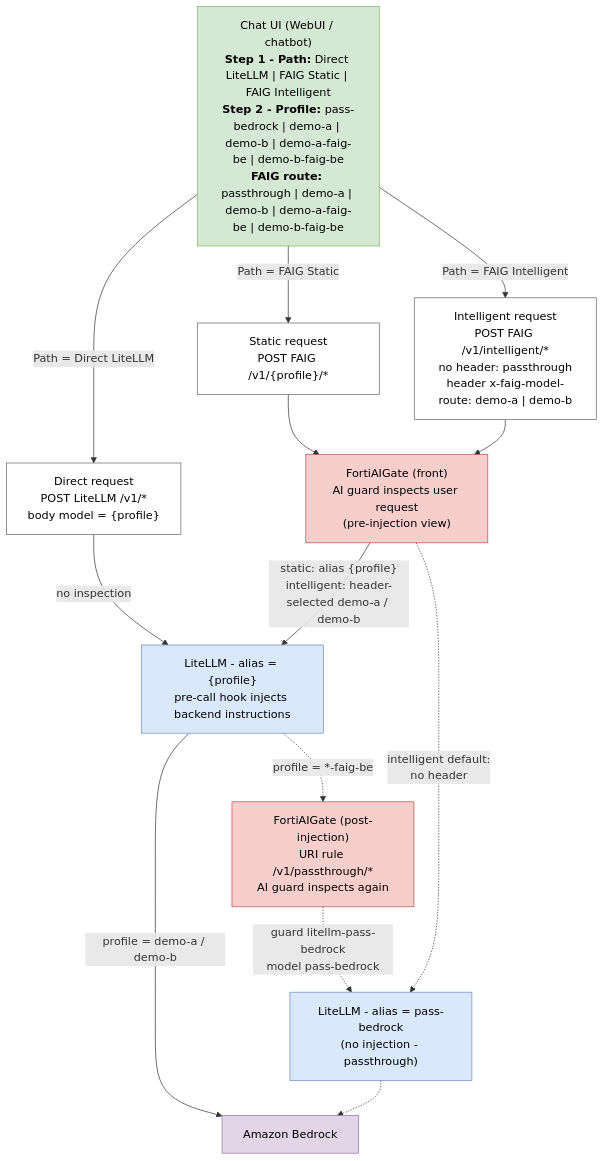
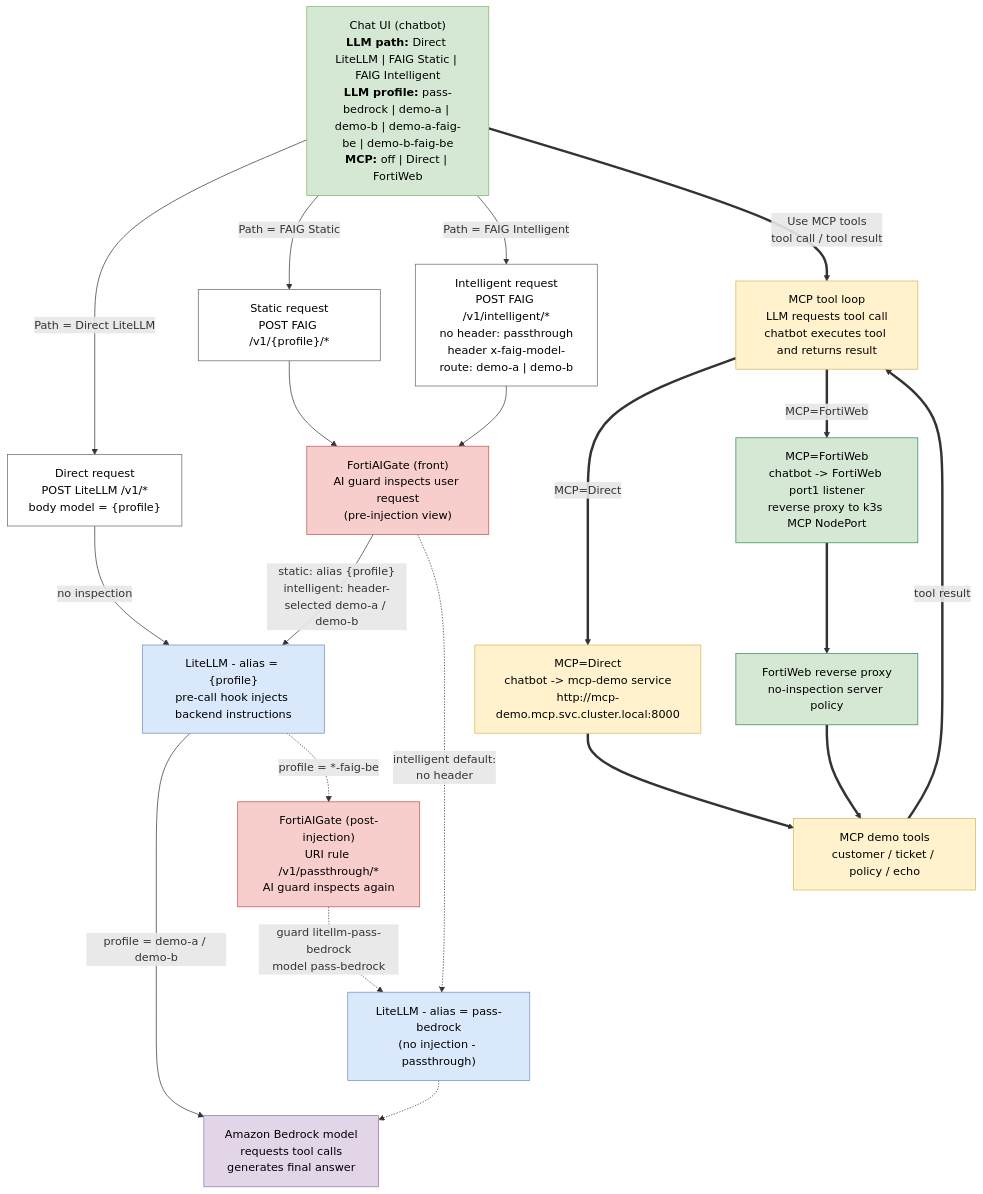
Before and after one commit to mabutterfield/fortiaigate_demo: the diagram in docs/fortiaigate-lab-flows.md, drawn with Mermaid. The commit also changed other lines of this file and 106 other files, not shown here.

````diff
--- a/docs/fortiaigate-lab-flows.md
+++ b/docs/fortiaigate-lab-flows.md
@@ -7,41 +7,57 @@
 ```mermaid
 flowchart TD
-    UI["Chat UI (WebUI / chatbot)<br/><b>Step 1 - Path:</b> Direct LiteLLM | FAIG Static | FAIG Intelligent<br/><b>Step 2 - Profile:</b> pass-bedrock | demo-a | demo-b | demo-a-faig-be | demo-b-faig-be<br/><b>FAIG route:</b> passthrough | demo-a | demo-b | demo-a-faig-be | demo-b-faig-be"]
+    UI["Chat UI (chatbot)<br/><b>LLM path:</b> Direct LiteLLM | FAIG Static | FAIG Intelligent<br/><b>LLM profile:</b> pass-bedrock | demo-a | demo-b | demo-a-faig-be | demo-b-faig-be<br/><b>MCP:</b> off | Direct | FortiWeb"]
 
     RD["Direct request<br/>POST LiteLLM /v1/*<br/>body model = {profile}"]
     RS["Static request<br/>POST FAIG /v1/{profile}/*"]
     RI["Intelligent request<br/>POST FAIG /v1/intelligent/*<br/>no header: passthrough<br/>header x-faig-model-route: demo-a | demo-b"]
+    MT["MCP tool loop<br/>LLM requests tool call<br/>chatbot executes tool and returns result"]
+    MD["MCP=Direct<br/>chatbot -> mcp-demo service<br/>http://mcp-demo.mcp.svc.cluster.local:8000"]
+    MFW["MCP=FortiWeb<br/>chatbot -> FortiWeb port1 listener<br/>reverse proxy to k3s MCP NodePort"]
+    FWB["FortiWeb reverse proxy<br/>no-inspection server policy"]
+    MCP["MCP demo tools<br/>customer / ticket / policy / echo"]
 
     FAIG["FortiAIGate (front)<br/>AI guard inspects user request<br/>(pre-injection view)"]
     LL["LiteLLM - alias = {profile}<br/>pre-call hook injects backend instructions"]
     FB["FortiAIGate (post-injection)<br/>URI rule /v1/passthrough/*<br/>AI guard inspects again"]
     LP["LiteLLM - alias = pass-bedrock<br/>(no injection - passthrough)"]
-    BR["Amazon Bedrock"]
+    BR["Amazon Bedrock model<br/>requests tool calls<br/>generates final answer"]
 
     UI -->|"Path = Direct LiteLLM"| RD
     UI -->|"Path = FAIG Static"| RS
     UI -->|"Path = FAIG Intelligent"| RI
+    UI ==>|"Use MCP tools<br/>tool call / tool result"| MT
 
     RD -->|"no inspection"| LL
     RS --> FAIG
     RI --> FAIG
     FAIG -->|"static: alias {profile}<br/>intelligent: header-selected demo-a / demo-b"| LL
     FAIG -.->|"intelligent default:<br/>no header"| LP
 
     LL -->|"profile = demo-a / demo-b"| BR
     LL -.->|"profile = *-faig-be"| FB
     FB -.->|"guard litellm-pass-bedrock<br/>model pass-bedrock"| LP
     LP -.-> BR
+    MT ==>|"MCP=Direct"| MD
+    MT ==>|"MCP=FortiWeb"| MFW
+    MD ==> MCP
+    MFW ==> FWB
+    FWB ==> MCP
+    MCP ==>|"tool result"| MT
 
     classDef ui fill:#d5e8d4,stroke:#82b366,color:#000
     classDef req fill:#ffffff,stroke:#666666,color:#000
     classDef faig fill:#f8cecc,stroke:#b85450,color:#000
     classDef ll fill:#dae8fc,stroke:#6c8ebf,color:#000
     classDef br fill:#e1d5e7,stroke:#9673a6,color:#000
+    classDef mcp fill:#fff2cc,stroke:#d6b656,color:#000
+    classDef fwb fill:#d5e8d4,stroke:#2f855a,color:#000
 
     class UI ui
     class RD,RS,RI req
     class FAIG,FB faig
     class LL,LP ll
     class BR br
+    class MT,MD,MCP mcp
+    class MFW,FWB fwb
 ```
````
